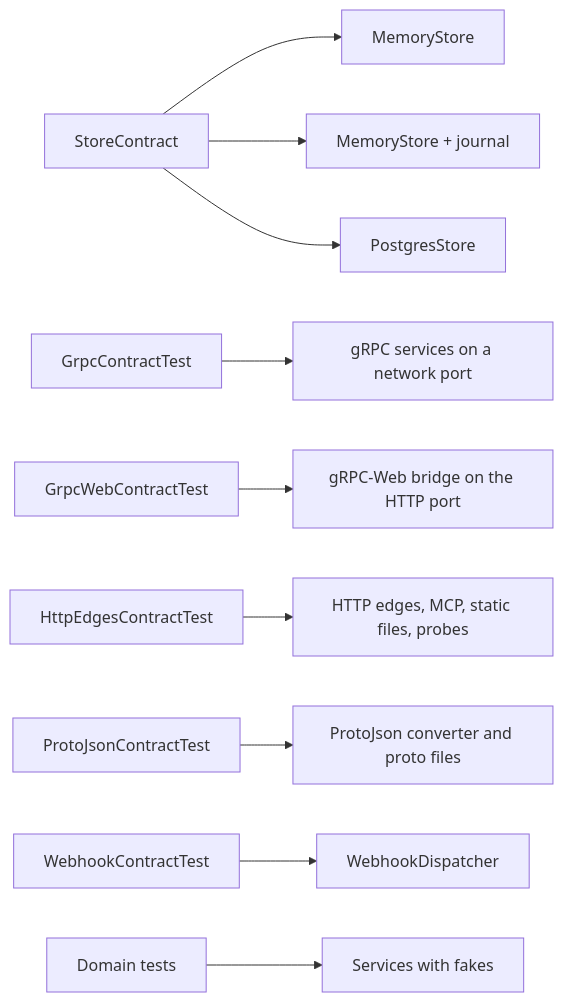
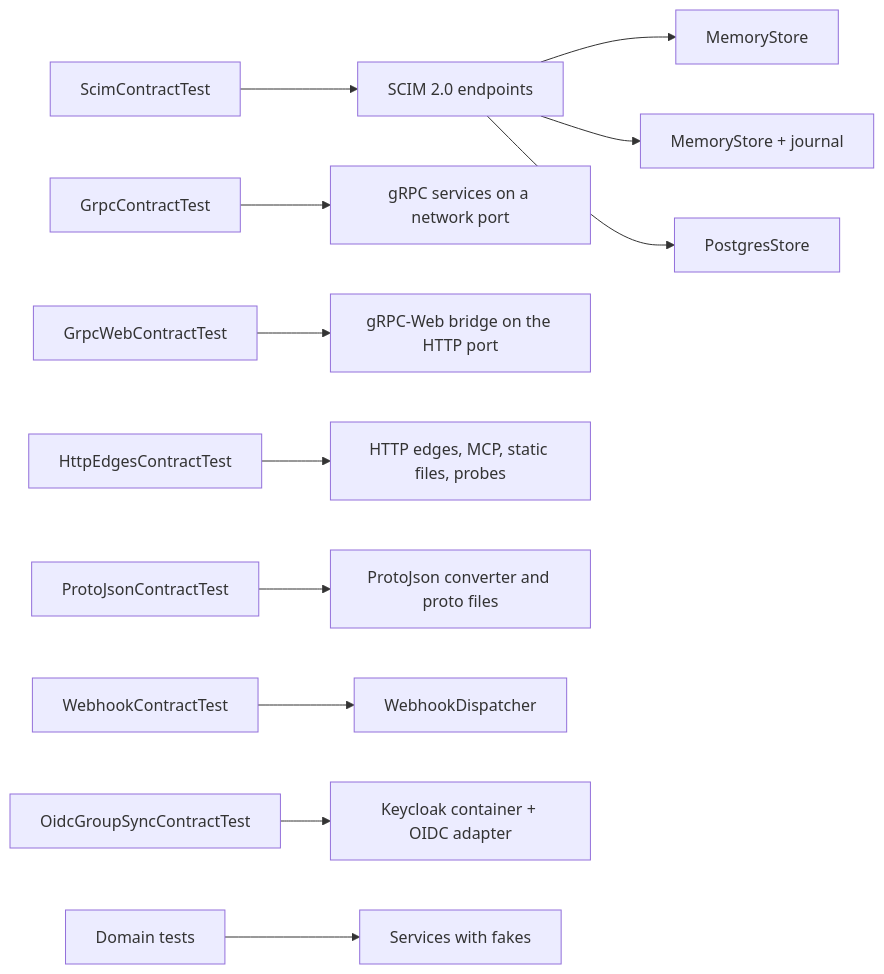
Before and after one commit to gigabrain-ideas/mayday: the diagram in docs/testing.md, drawn with Mermaid. The commit also changed other lines of this file and 51 other files, not shown here.

````diff
--- a/docs/testing.md
+++ b/docs/testing.md
@@ -5,12 +5,14 @@
 ```mermaid
 flowchart LR
   SC[StoreContract] --> M[MemoryStore]
   SC --> J[MemoryStore + journal]
   SC --> P[PostgresStore]
   GC[GrpcContractTest] --> G[gRPC services on a network port]
   WC[GrpcWebContractTest] --> B[gRPC-Web bridge on the HTTP port]
   EC[HttpEdgesContractTest] --> E[HTTP edges, MCP, static files, probes]
   PJ[ProtoJsonContractTest] --> C[ProtoJson converter and proto files]
   HC[WebhookContractTest] --> WH[WebhookDispatcher]
+  SCT[ScimContractTest] --> SC[SCIM 2.0 endpoints]
+  OGS[OidcGroupSyncContractTest] --> KC[Keycloak container + OIDC adapter]
   DT[Domain tests] --> S[Services with fakes]
 ```
````
